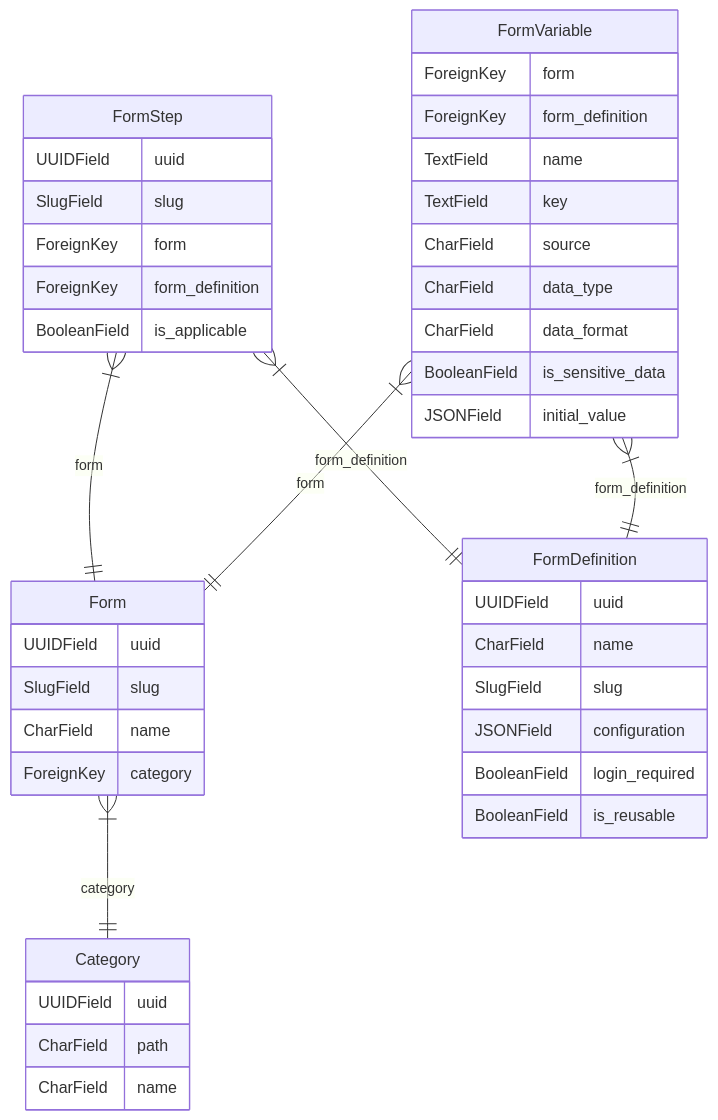
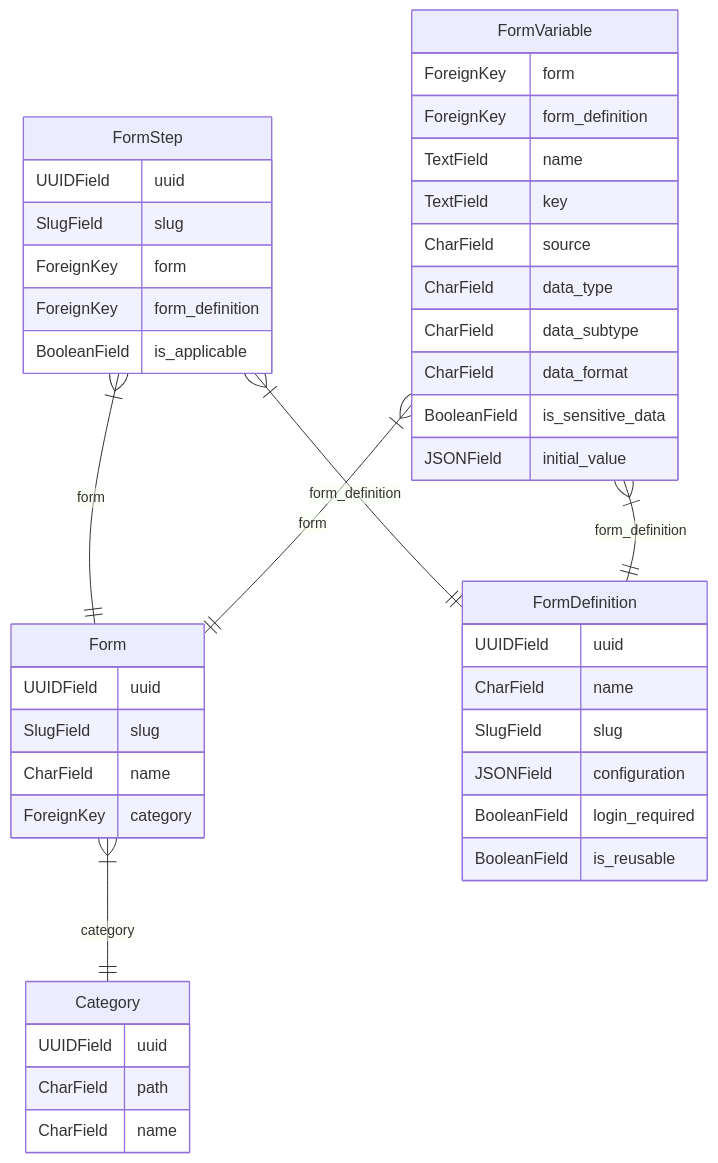
One commit to open-formulieren/open-forms changed the diagram in docs/developers/backend/core/_assets/forms-models.mmd. Above: the diagram before and after it, drawn with Mermaid. The commit also changed 1 other file, not shown here.

```diff
--- a/docs/developers/backend/core/_assets/forms-models.mmd
+++ b/docs/developers/backend/core/_assets/forms-models.mmd
@@ -1,46 +1,47 @@
 ---
 Forms model relationship
 ---
 erDiagram
 Category {
     UUIDField uuid
     CharField path
     CharField name
 }
 Form {
     UUIDField uuid
     SlugField slug
     CharField name
     ForeignKey category
 }
 FormDefinition {
     UUIDField uuid
     CharField name
     SlugField slug
     JSONField configuration
     BooleanField login_required
     BooleanField is_reusable
 }
 FormStep {
     UUIDField uuid
     SlugField slug
     ForeignKey form
     ForeignKey form_definition
     BooleanField is_applicable
 }
 FormVariable {
     ForeignKey form
     ForeignKey form_definition
     TextField name
     TextField key
     CharField source
     CharField data_type
+    CharField data_subtype
     CharField data_format
     BooleanField is_sensitive_data
     JSONField initial_value
 }
 Form }|--|| Category : category
 FormStep }|--|| Form : form
 FormStep }|--|| FormDefinition : form_definition
 FormVariable }|--|| Form : form
 FormVariable }|--|| FormDefinition : form_definition
```
